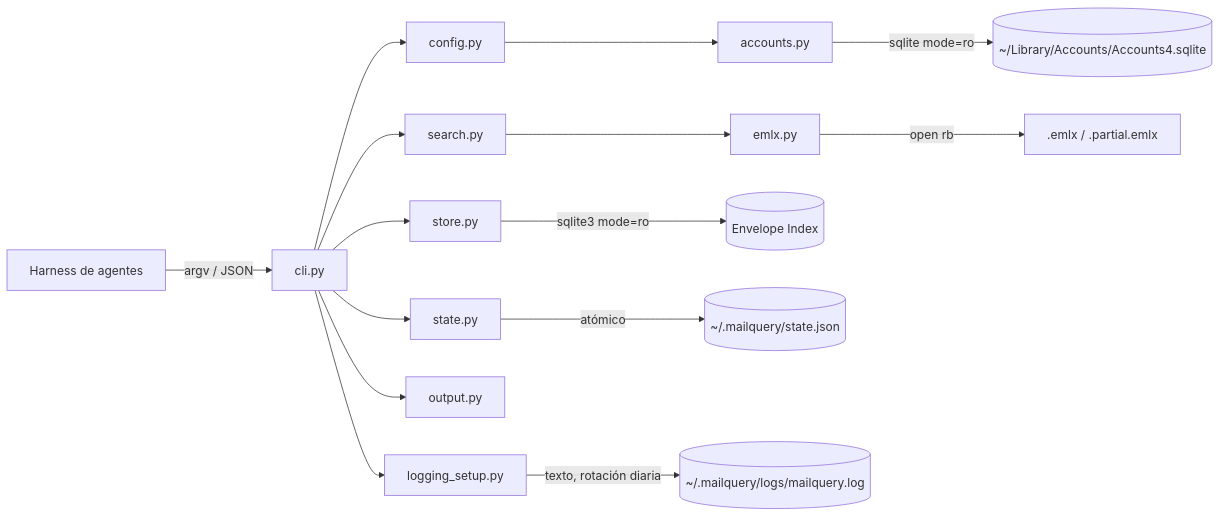
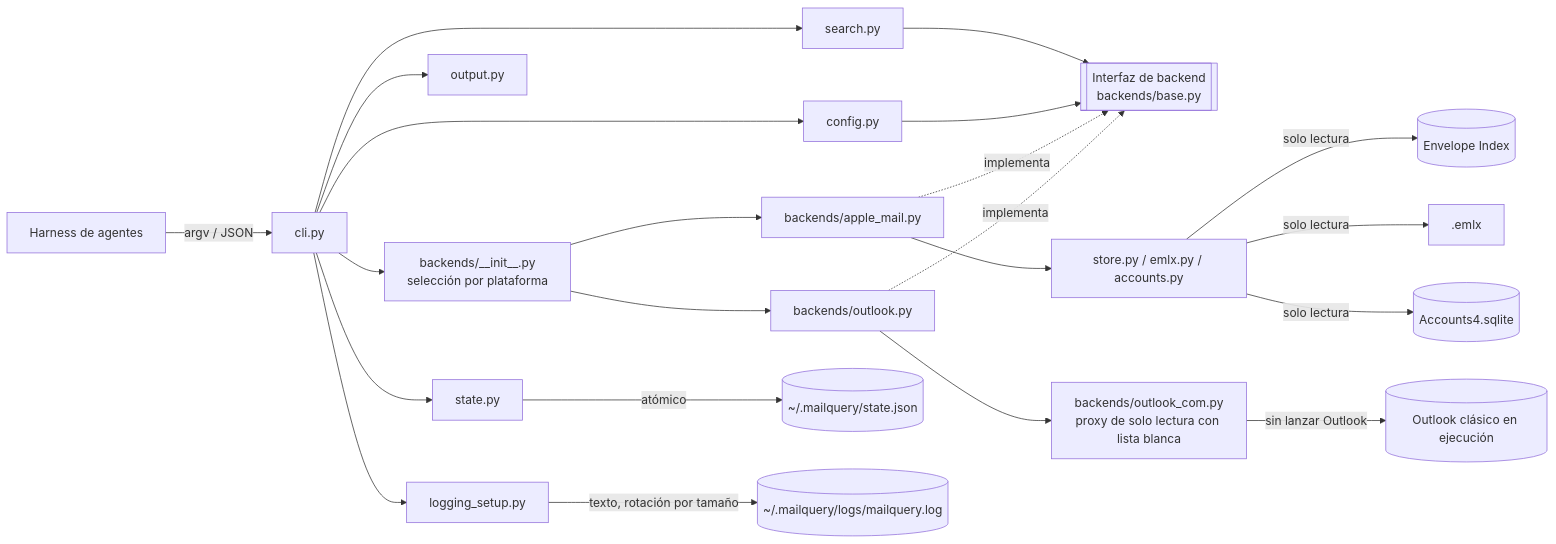
The diagram in docs/PRD.md (dayler/mailquery), drawn with Mermaid before and after one commit. The commit also changed other lines of this file, not shown here.

Commit message:
docs(prd): PRD v1.3 for 2.0.0 (Windows + classic Outlook)

````diff
--- a/docs/PRD.md
+++ b/docs/PRD.md
@@ -206,17 +241,24 @@
 ```mermaid
 flowchart LR
     H[Harness de agentes] -->|argv / JSON| CLI[cli.py]
     CLI --> CFG[config.py]
-    CFG --> ACC[accounts.py]
-    ACC -->|sqlite mode=ro| ADS[(~/Library/Accounts/Accounts4.sqlite)]
     CLI --> LOG[logging_setup.py]
-    CLI --> ST[store.py]
     CLI --> SR[search.py]
     CLI --> OUT[output.py]
     CLI --> STT[state.py]
-    SR --> ENV[emlx.py]
-    ST -->|sqlite3 mode=ro| EI[(Envelope Index)]
-    ENV -->|open rb| EM[.emlx / .partial.emlx]
+    CLI --> SEL[backends/__init__.py<br/>selección por plataforma]
+    SR --> IF[[Interfaz de backend<br/>backends/base.py]]
+    CFG --> IF
+    SEL --> AM[backends/apple_mail.py]
+    SEL --> OL[backends/outlook.py]
+    AM -.implementa.-> IF
+    OL -.implementa.-> IF
+    AM --> ST[store.py / emlx.py / accounts.py]
+    ST -->|solo lectura| EI[(Envelope Index)]
+    ST -->|solo lectura| EM[.emlx]
+    ST -->|solo lectura| ADS[(Accounts4.sqlite)]
+    OL --> COM[backends/outlook_com.py<br/>proxy de solo lectura con lista blanca]
+    COM -->|sin lanzar Outlook| OUTLOOK[(Outlook clásico en ejecución)]
     STT -->|atómico| STATE[(~/.mailquery/state.json)]
-    LOG -->|texto, rotación diaria| LOGF[(~/.mailquery/logs/mailquery.log)]
+    LOG -->|texto, rotación por tamaño| LOGF[(~/.mailquery/logs/mailquery.log)]
 ```
````
